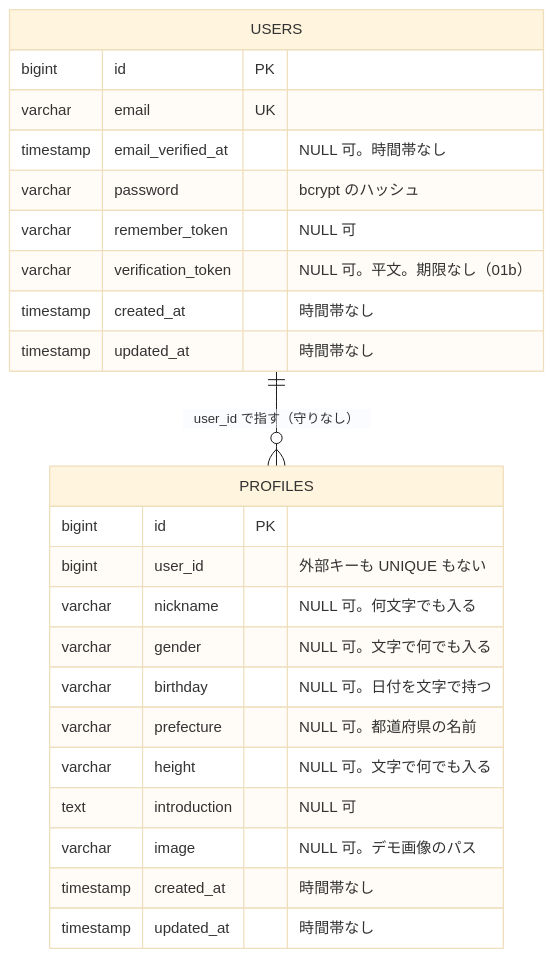
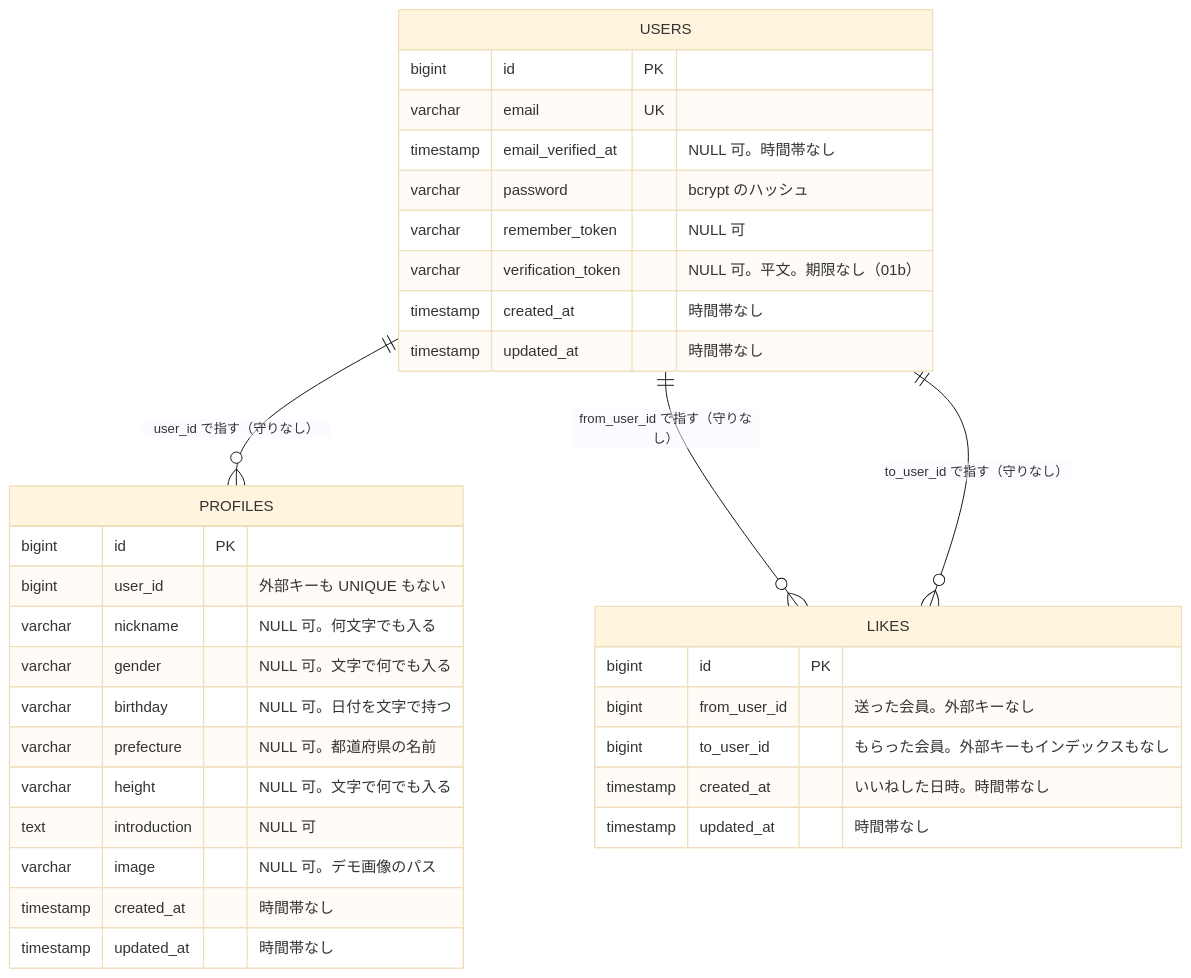
One commit to masa-devx/matching-db-study changed the diagram in docs/data-model.md. Above: the diagram before and after it, drawn with Mermaid (base theme). The commit also changed other lines of this file, not shown here.

Commit message:
データモデルに 02 いいねの likes を足す（#25）
レガシー版は UNIQUE だけ（外部キー・CHECK・to_user_id のインデックスなし）。改善版の予定も書いた

````diff
--- a/docs/data-model.md
+++ b/docs/data-model.md
@@ -15,27 +15,36 @@
 ```mermaid
 erDiagram
   USERS ||--o{ PROFILES : "user_id で指す（守りなし）"
+  USERS ||--o{ LIKES : "from_user_id で指す（守りなし）"
+  USERS ||--o{ LIKES : "to_user_id で指す（守りなし）"
   USERS {
     bigint id PK
     varchar email UK
     timestamp email_verified_at "NULL 可。時間帯なし"
     varchar password "bcrypt のハッシュ"
     varchar remember_token "NULL 可"
     varchar verification_token "NULL 可。平文。期限なし（01b）"
     timestamp created_at "時間帯なし"
     timestamp updated_at "時間帯なし"
   }
   PROFILES {
     bigint id PK
     bigint user_id "外部キーも UNIQUE もない"
     varchar nickname "NULL 可。何文字でも入る"
     varchar gender "NULL 可。文字で何でも入る"
     varchar birthday "NULL 可。日付を文字で持つ"
     varchar prefecture "NULL 可。都道府県の名前"
     varchar height "NULL 可。文字で何でも入る"
     text introduction "NULL 可"
     varchar image "NULL 可。デモ画像のパス"
     timestamp created_at "時間帯なし"
     timestamp updated_at "時間帯なし"
   }
+  LIKES {
+    bigint id PK
+    bigint from_user_id "送った会員。外部キーなし"
+    bigint to_user_id "もらった会員。外部キーもインデックスもなし"
+    timestamp created_at "いいねした日時。時間帯なし"
+    timestamp updated_at "時間帯なし"
+  }
 ```
````
